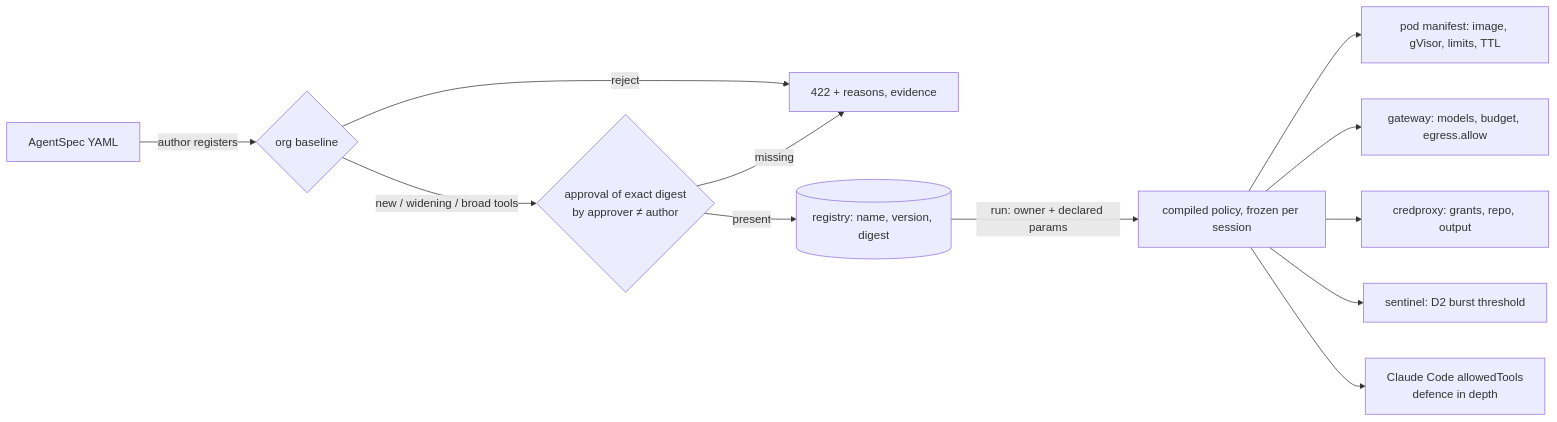
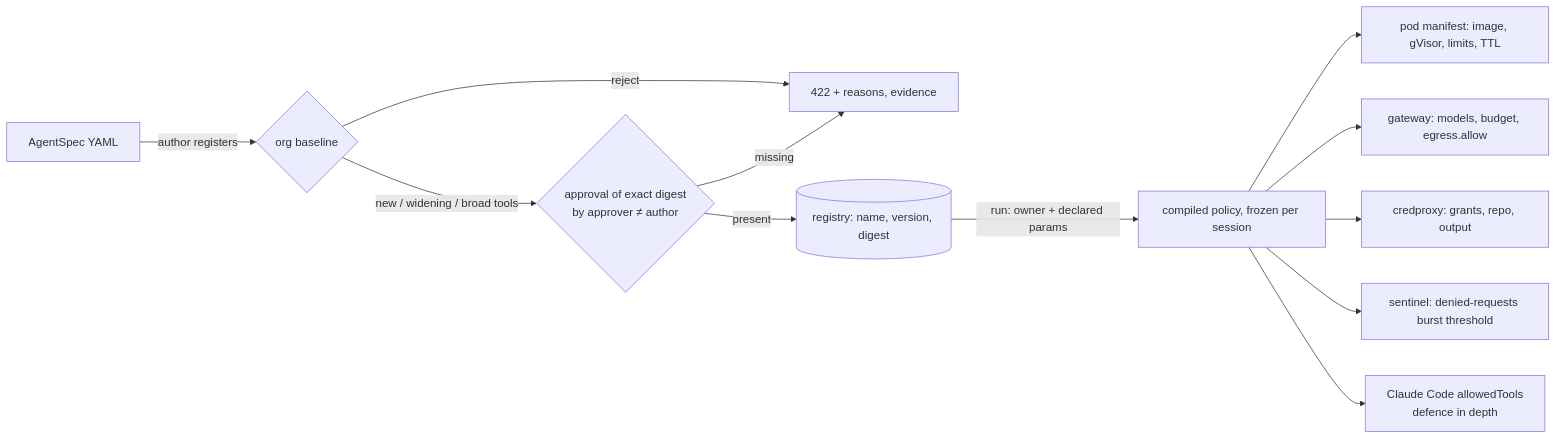
Before and after one commit to bhadradiyaniravnl/security-assignment-forgoodai: the second of 6 diagrams in docs/ARCHITECTURE.md, drawn with Mermaid. The commit also changed other lines of this file and 34 other files, not shown here.

````diff
--- a/docs/ARCHITECTURE.md
+++ b/docs/ARCHITECTURE.md
@@ -376,14 +376,14 @@
 ```mermaid
 flowchart LR
   y[AgentSpec YAML] -->|author registers| b{org baseline}
   b -- reject --> x[422 + reasons, evidence]
   b -- new / widening / broad tools --> a{approval of exact digest<br/>by approver ≠ author}
   a -- missing --> x
   a -- present --> r[(registry: name, version, digest)]
   r -->|run: owner + declared params| c[compiled policy, frozen per session]
   c --> pod[pod manifest: image, gVisor, limits, TTL]
   c --> g[gateway: models, budget, egress.allow]
   c --> cp2[credproxy: grants, repo, output]
-  c --> d[sentinel: D2 burst threshold]
+  c --> d[sentinel: denied-requests burst threshold]
   c --> cc[Claude Code allowedTools<br/>defence in depth]
 ```
````
